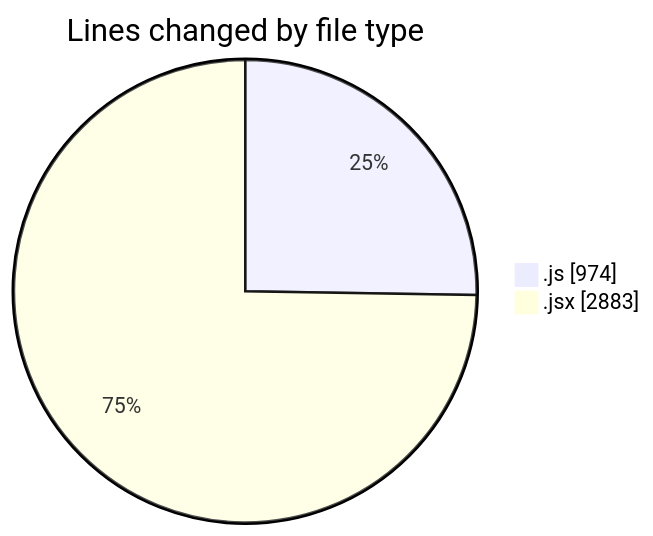
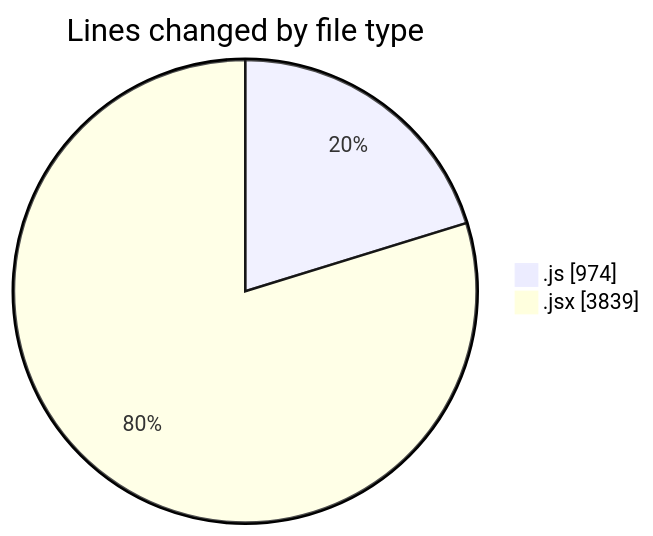
Before and after one commit to nxtqubesakshisongat/code-tracking: the first of 2 diagrams in 2025-12-05/nxtqube_webapp/README.md, drawn with Mermaid. The commit also changed other lines of this file and 1 other file, not shown here.

````diff
--- a/2025-12-05/nxtqube_webapp/README.md
+++ b/2025-12-05/nxtqube_webapp/README.md
@@ -23,6 +24,6 @@
 ```mermaid
 pie showData
 title Lines changed by file type
 ".js" : 974
-".jsx" : 2883
+".jsx" : 3839
 ```
````
